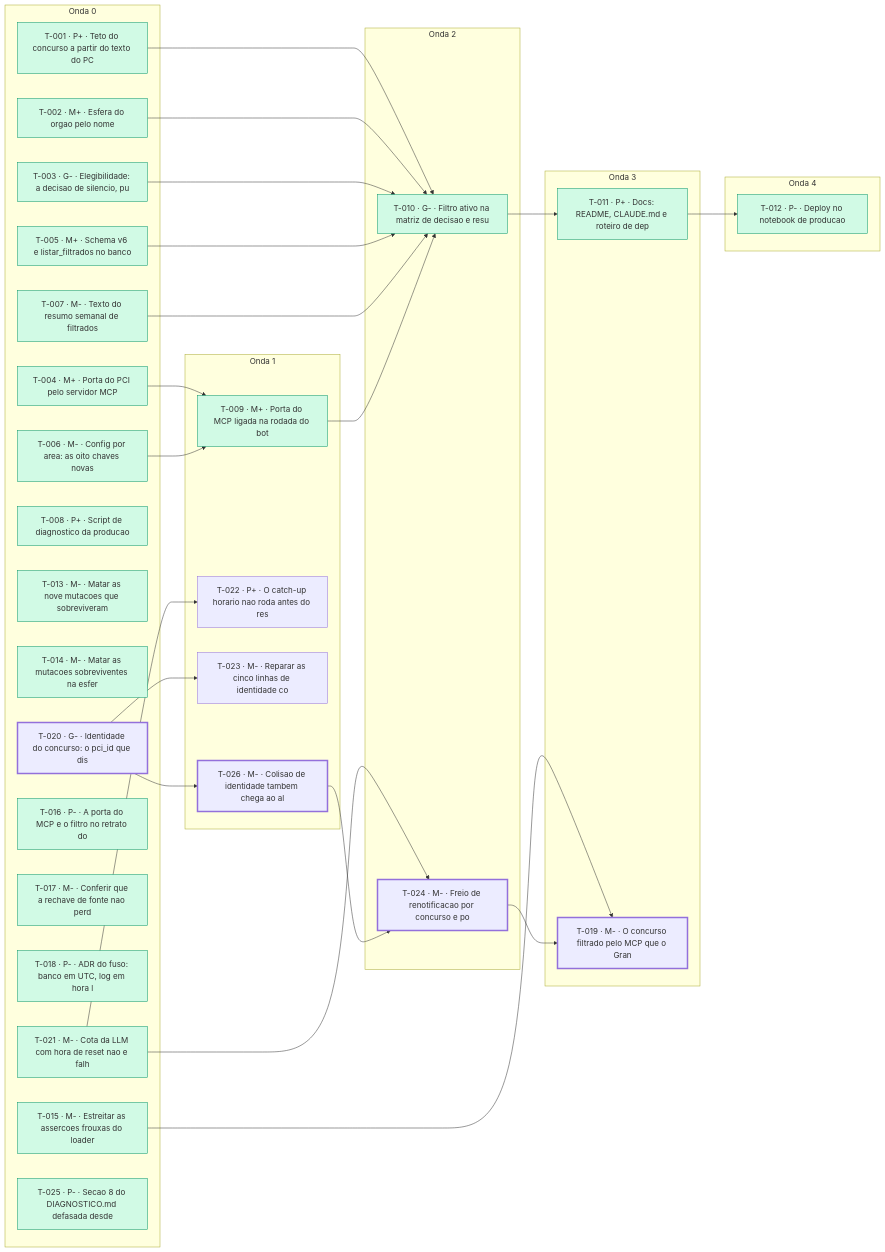
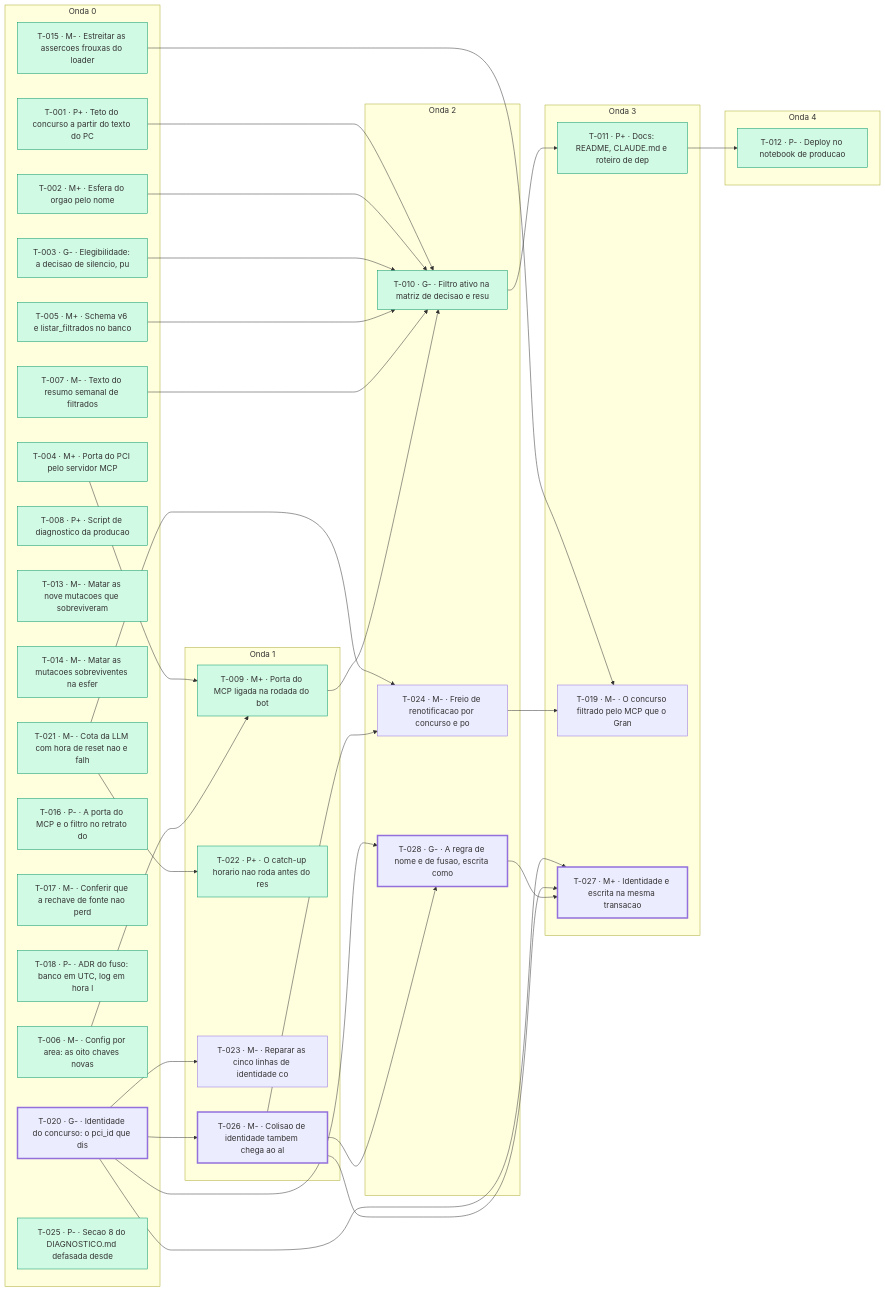
One commit to lucasmsorrentino/monitor_concursos_ti changed the diagram in kanban/MAPA.md. Above: the diagram before and after it, drawn with Mermaid. The commit also changed other lines of this file and 17 other files, not shown here.

First line of the commit message:
arquiteto: T-020 reduzido ao provado, e a regra de nome vira o T-028

````diff
--- a/kanban/MAPA.md
+++ b/kanban/MAPA.md
@@ -85,60 +87,67 @@
 ```mermaid
 graph LR
   subgraph O0["Onda 0"]
     T001["T-001 · P+ · Teto do concurso a partir do texto do PC"]
     T002["T-002 · M+ · Esfera do orgao pelo nome"]
     T003["T-003 · G- · Elegibilidade: a decisao de silencio, pu"]
     T004["T-004 · M+ · Porta do PCI pelo servidor MCP"]
     T005["T-005 · M+ · Schema v6 e listar_filtrados no banco"]
     T006["T-006 · M- · Config por area: as oito chaves novas"]
     T007["T-007 · M- · Texto do resumo semanal de filtrados"]
     T008["T-008 · P+ · Script de diagnostico da producao"]
     T013["T-013 · M- · Matar as nove mutacoes que sobreviveram "]
     T014["T-014 · M- · Matar as mutacoes sobreviventes na esfer"]
     T015["T-015 · M- · Estreitar as assercoes frouxas do loader"]
     T016["T-016 · P- · A porta do MCP e o filtro no retrato do "]
     T017["T-017 · M- · Conferir que a rechave de fonte nao perd"]
     T018["T-018 · P- · ADR do fuso: banco em UTC, log em hora l"]
     T020["T-020 · G- · Identidade do concurso: o pci_id que dis"]
     T021["T-021 · M- · Cota da LLM com hora de reset nao e falh"]
     T025["T-025 · P- · Secao 8 do DIAGNOSTICO.md defasada desde"]
   end
   subgraph O1["Onda 1"]
     T009["T-009 · M+ · Porta do MCP ligada na rodada do bot"]
     T022["T-022 · P+ · O catch-up horario nao roda antes do res"]
     T023["T-023 · M- · Reparar as cinco linhas de identidade co"]
     T026["T-026 · M- · Colisao de identidade tambem chega ao al"]
   end
   subgraph O2["Onda 2"]
     T010["T-010 · G- · Filtro ativo na matriz de decisao e resu"]
     T024["T-024 · M- · Freio de renotificacao por concurso e po"]
+    T028["T-028 · G- · A regra de nome e de fusao, escrita como"]
   end
   subgraph O3["Onda 3"]
     T011["T-011 · P+ · Docs: README, CLAUDE.md e roteiro de dep"]
     T019["T-019 · M- · O concurso filtrado pelo MCP que o Gran "]
+    T027["T-027 · M+ · Identidade e escrita na mesma transacao "]
   end
   subgraph O4["Onda 4"]
     T012["T-012 · P- · Deploy no notebook de producao"]
   end
   T004 --> T009
   T006 --> T009
   T001 --> T010
   T002 --> T010
   T003 --> T010
   T005 --> T010
   T007 --> T010
   T009 --> T010
   T010 --> T011
   T011 --> T012
   T015 --> T019
   T024 --> T019
   T021 --> T022
   T020 --> T023
   T021 --> T024
   T026 --> T024
   T020 --> T026
+  T020 --> T027
+  T026 --> T027
+  T028 --> T027
+  T020 --> T028
+  T026 --> T028
   classDef integrado fill:#d1fae5,stroke:#059669
-  class T001,T002,T003,T004,T005,T006,T007,T008,T009,T010,T011,T012,T013,T014,T015,T016,T017,T018,T021,T025 integrado
+  class T001,T002,T003,T004,T005,T006,T007,T008,T009,T010,T011,T012,T013,T014,T015,T016,T017,T018,T021,T022,T025 integrado
   classDef critico stroke-width:3px
-  class T020,T026,T024,T019 critico
+  class T020,T026,T028,T027 critico
 ```
````
